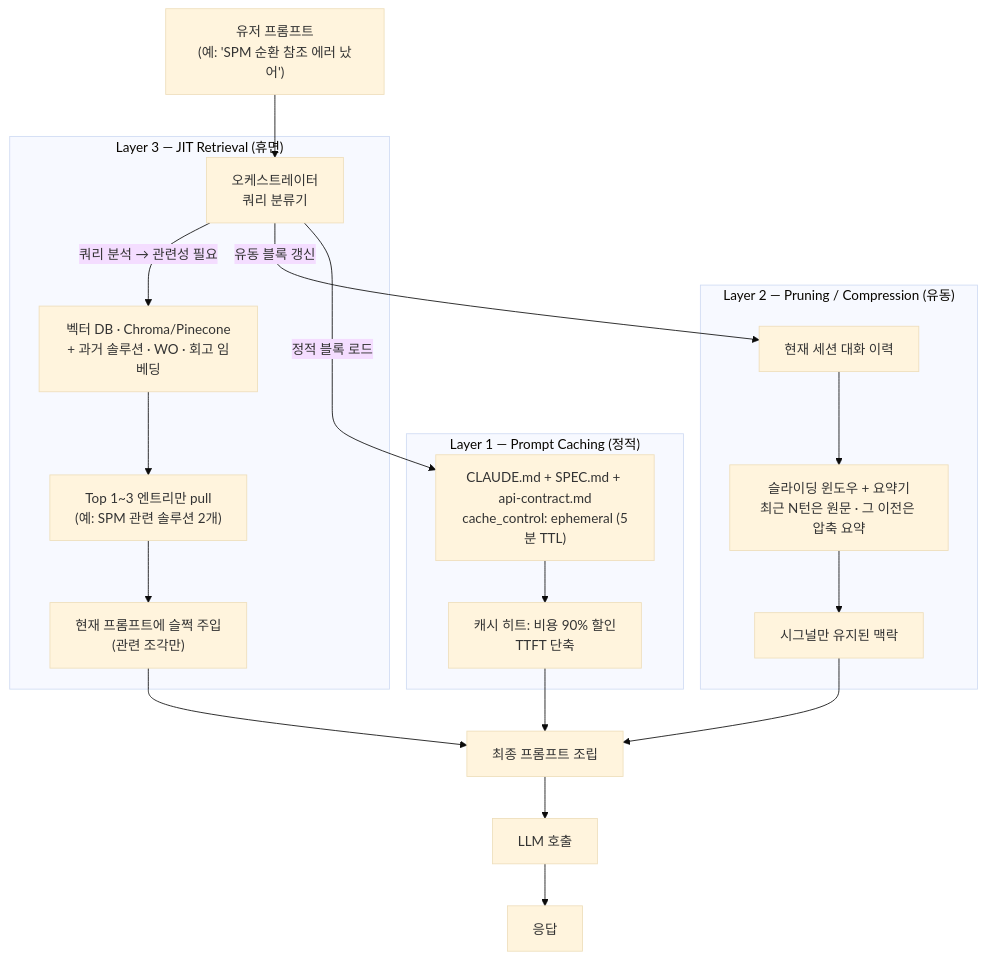
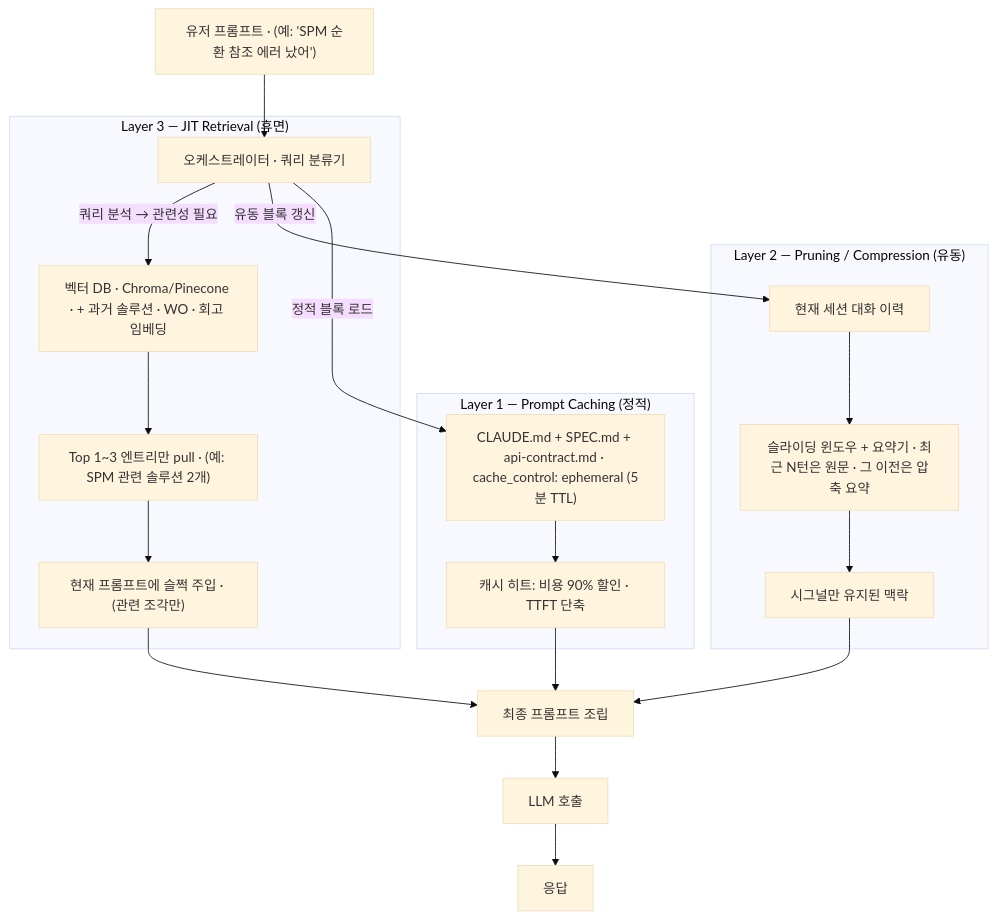
The first of 2 diagrams in content/context-engineering/context-scaling-3-layer-architecture.mdx (Mino777/ai-study), drawn with Mermaid (base theme) before and after one commit. The commit also changed other lines of this file and 16 other files, not shown here.

First line of the commit message:
fix: Mermaid <br/> 렌더링 에러 근본 해결 — auto-fix 승격 + 전체 MDX 일괄 치환

````diff
--- a/content/context-engineering/context-scaling-3-layer-architecture.mdx
+++ b/content/context-engineering/context-scaling-3-layer-architecture.mdx
@@ -130,38 +130,38 @@
 ```mermaid
 flowchart TD
-    User["유저 프롬프트<br/>(예: 'SPM 순환 참조 에러 났어')"]
+    User["유저 프롬프트 · (예: 'SPM 순환 참조 에러 났어')"]
 
     subgraph L1 ["Layer 1 — Prompt Caching (정적)"]
-      Cache["CLAUDE.md + SPEC.md + api-contract.md<br/>cache_control: ephemeral (5분 TTL)"]
-      CacheHit["캐시 히트: 비용 90% 할인<br/>TTFT 단축"]
+      Cache["CLAUDE.md + SPEC.md + api-contract.md · cache_control: ephemeral (5분 TTL)"]
+      CacheHit["캐시 히트: 비용 90% 할인 · TTFT 단축"]
     end
 
     subgraph L2 ["Layer 2 — Pruning / Compression (유동)"]
       Working["현재 세션 대화 이력"]
-      Compressor["슬라이딩 윈도우 + 요약기<br/>최근 N턴은 원문 · 그 이전은 압축 요약"]
+      Compressor["슬라이딩 윈도우 + 요약기 · 최근 N턴은 원문 · 그 이전은 압축 요약"]
       Shrunk["시그널만 유지된 맥락"]
     end
 
     subgraph L3 ["Layer 3 — JIT Retrieval (휴면)"]
-      Orchestrator["오케스트레이터<br/>쿼리 분류기"]
-      VectorDB["벡터 DB · Chroma/Pinecone<br/>+ 과거 솔루션 · WO · 회고 임베딩"]
-      TopK["Top 1~3 엔트리만 pull<br/>(예: SPM 관련 솔루션 2개)"]
-      JITInject["현재 프롬프트에 슬쩍 주입<br/>(관련 조각만)"]
+      Orchestrator["오케스트레이터 · 쿼리 분류기"]
+      VectorDB["벡터 DB · Chroma/Pinecone · + 과거 솔루션 · WO · 회고 임베딩"]
+      TopK["Top 1~3 엔트리만 pull · (예: SPM 관련 솔루션 2개)"]
+      JITInject["현재 프롬프트에 슬쩍 주입 · (관련 조각만)"]
     end
 
     User --> Orchestrator
     Orchestrator -->|정적 블록 로드| Cache
     Cache --> CacheHit
     Orchestrator -->|유동 블록 갱신| Working
     Working --> Compressor
     Compressor --> Shrunk
     Orchestrator -->|쿼리 분석 → 관련성 필요| VectorDB
     VectorDB --> TopK
     TopK --> JITInject
 
     CacheHit --> Final["최종 프롬프트 조립"]
     Shrunk --> Final
     JITInject --> Final
     Final --> LLM["LLM 호출"]
     LLM --> Output["응답"]
 ```
````
